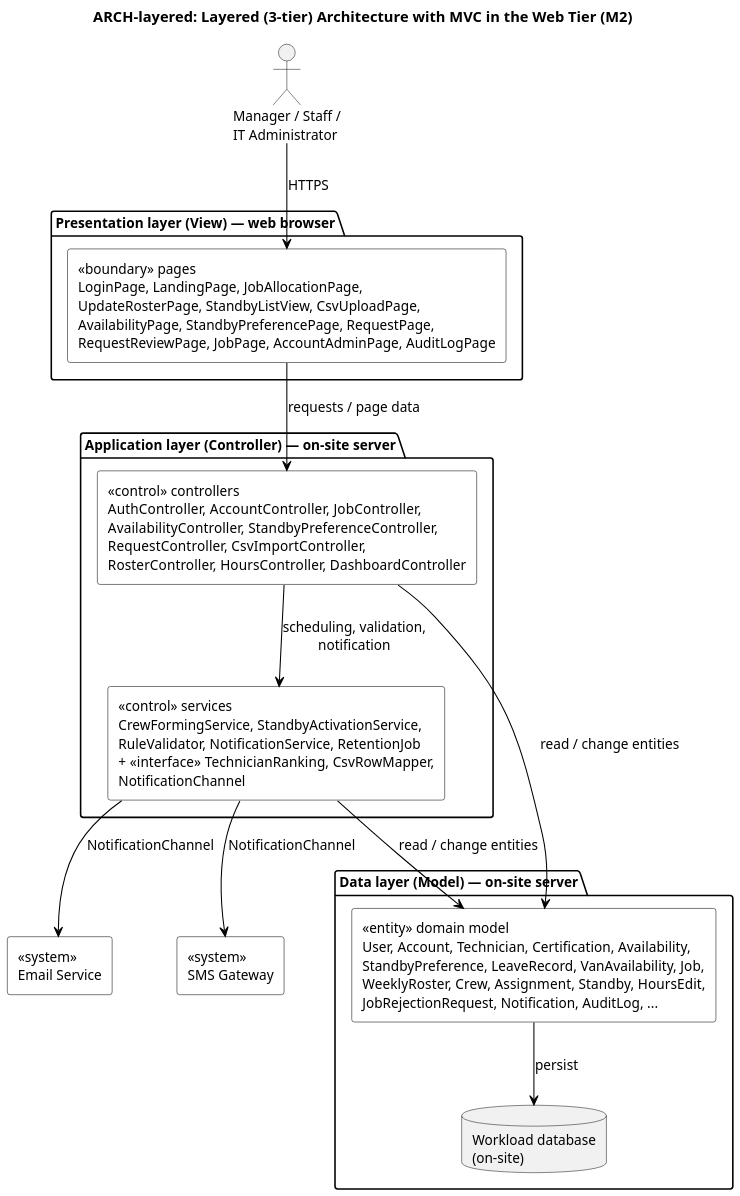
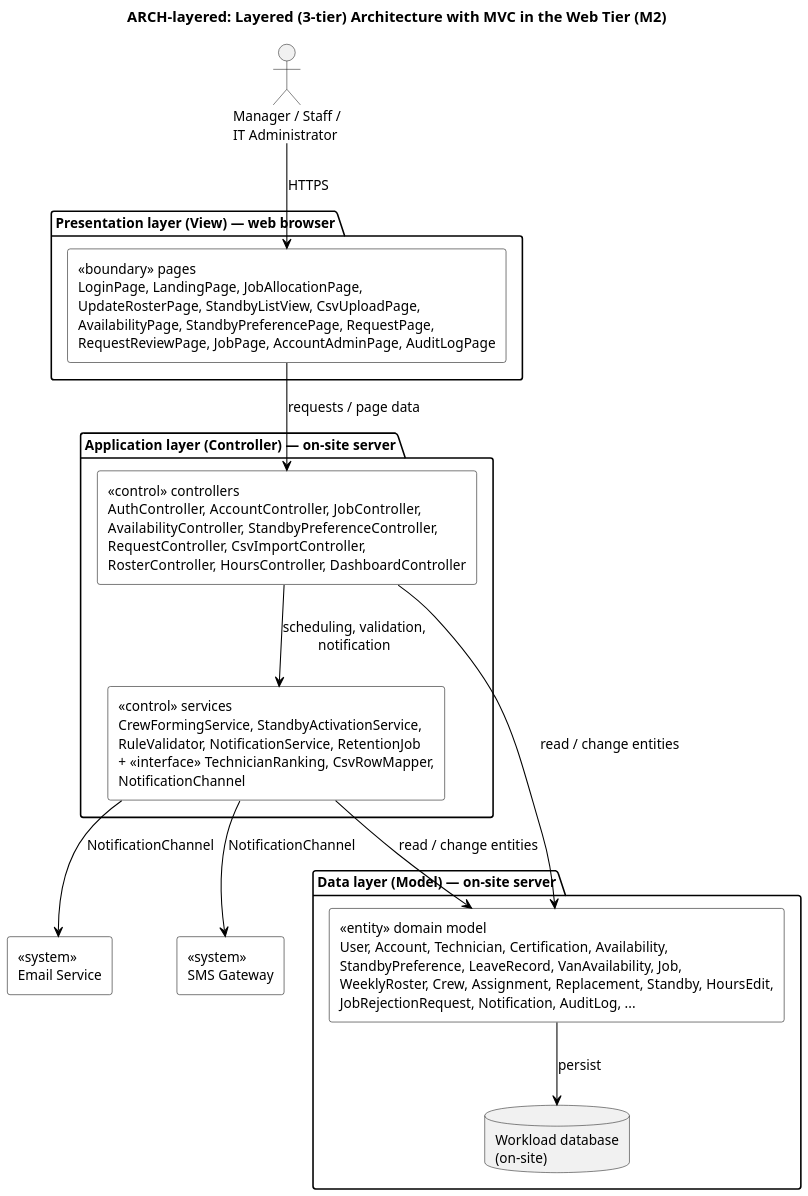
Before and after one commit to ZadeNova/inf2001-SE: the diagram in diagrams/ARCH-layered.puml, drawn with PlantUML. The commit also changed 31 other files, not shown here.

Commit message:
Clarify M2 standby preferences, hours and duty allocation

```diff
--- a/diagrams/ARCH-layered.puml
+++ b/diagrams/ARCH-layered.puml
@@ -1,44 +1,44 @@
 @startuml ARCH-layered
 skinparam backgroundColor white
 skinparam shadowing false
 skinparam defaultFontName Arial
 skinparam defaultFontSize 13
 skinparam dpi 150
 skinparam ArrowColor black
 skinparam rectangleBackgroundColor white
 skinparam rectangleBorderColor black
 skinparam componentStyle rectangle
 skinparam packageBackgroundColor white
 title ARCH-layered: Layered (3-tier) Architecture with MVC in the Web Tier (M2)
-' Traces: DEC-93; NFR-11; NFR-13; CD-final; CMP-system.
+' Traces: DEC-93; DEC-96-98; NFR-11; NFR-13; CD-final; CMP-system.
 ' Each layer only calls the layer directly below it. ECB mapping: boundary = View, control = Controller/service, entity = Model.
 top to bottom direction
 
 actor "Manager / Staff /\nIT Administrator" as Users
 
 package "Presentation layer (View) — web browser" as P {
  rectangle "<<boundary>> pages\nLoginPage, LandingPage, JobAllocationPage,\nUpdateRosterPage, StandbyListView, CsvUploadPage,\nAvailabilityPage, StandbyPreferencePage, RequestPage,\nRequestReviewPage, JobPage, AccountAdminPage, AuditLogPage" as Views
 }
 
 package "Application layer (Controller) — on-site server" as A {
  rectangle "<<control>> controllers\nAuthController, AccountController, JobController,\nAvailabilityController, StandbyPreferenceController,\nRequestController, CsvImportController,\nRosterController, HoursController, DashboardController" as Controllers
  rectangle "<<control>> services\nCrewFormingService, StandbyActivationService,\nRuleValidator, NotificationService, RetentionJob\n+ <<interface>> TechnicianRanking, CsvRowMapper,\nNotificationChannel" as Services
 }
 
 package "Data layer (Model) — on-site server" as D {
- rectangle "<<entity>> domain model\nUser, Account, Technician, Certification, Availability,\nStandbyPreference, LeaveRecord, VanAvailability, Job,\nWeeklyRoster, Crew, Assignment, Standby, HoursEdit,\nJobRejectionRequest, Notification, AuditLog, ..." as Model
+ rectangle "<<entity>> domain model\nUser, Account, Technician, Certification, Availability,\nStandbyPreference, LeaveRecord, VanAvailability, Job,\nWeeklyRoster, Crew, Assignment, Replacement, Standby, HoursEdit,\nJobRejectionRequest, Notification, AuditLog, ..." as Model
  database "Workload database\n(on-site)" as DB
 }
 
 rectangle "<<system>>\nEmail Service" as Email
 rectangle "<<system>>\nSMS Gateway" as SMS
 
 Users --> Views : HTTPS
 Views --> Controllers : requests / page data
 Controllers --> Services : scheduling, validation,\nnotification
 Controllers --> Model : read / change entities
 Services --> Model : read / change entities
 Model --> DB : persist
 Services --> Email : NotificationChannel
 Services --> SMS : NotificationChannel
 @enduml
```
